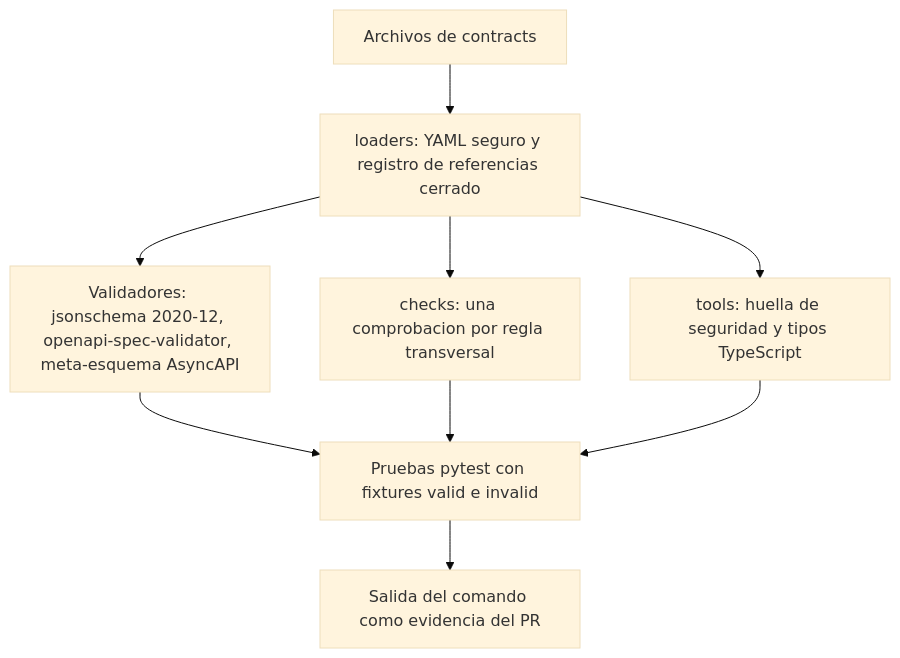
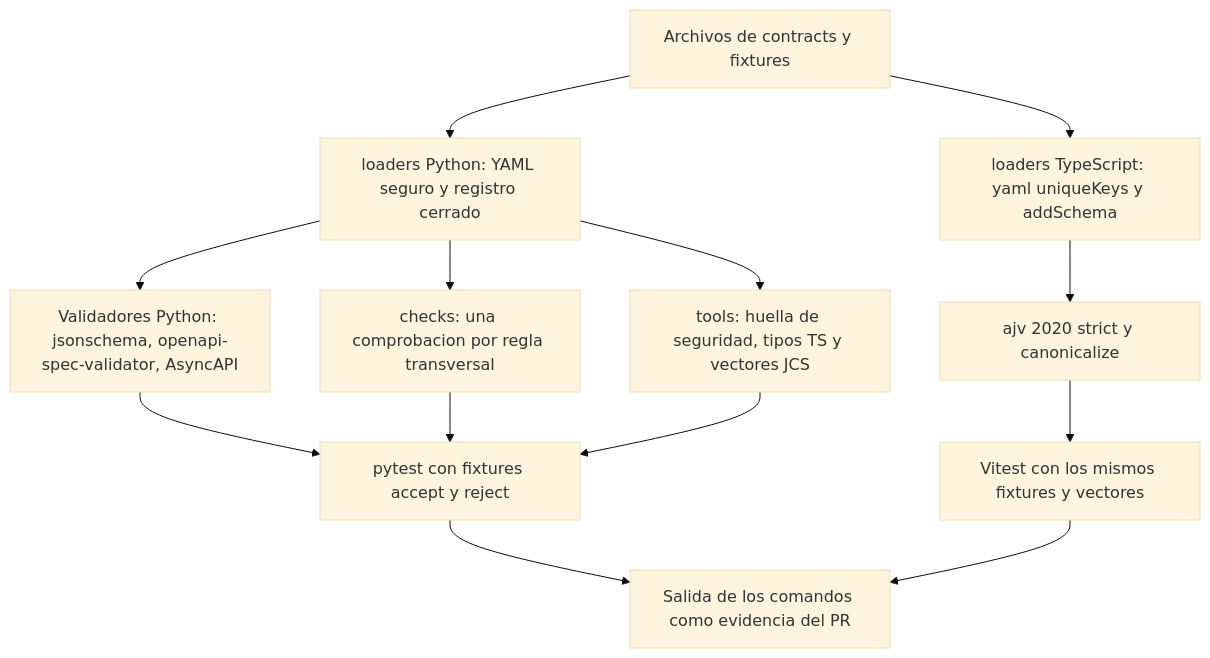
The diagram in aidlc/spaces/default/intents/261002-veridicus-mvp/construction/contracts/nfr-design/security-design.md (freyesJaveriana/tai), drawn with Mermaid (base theme) before and after one commit. The commit also changed other lines of this file and 6 other files, not shown here.

````diff
--- a/aidlc/spaces/default/intents/261002-veridicus-mvp/construction/contracts/nfr-design/security-design.md
+++ b/aidlc/spaces/default/intents/261002-veridicus-mvp/construction/contracts/nfr-design/security-design.md
@@ -35,11 +59,15 @@
 ```mermaid
 flowchart TD
-  F[Archivos de contracts] --> L[loaders: YAML seguro y registro de referencias cerrado]
-  L --> V[Validadores: jsonschema 2020-12, openapi-spec-validator, meta-esquema AsyncAPI]
+  F[Archivos de contracts y fixtures] --> L[loaders Python: YAML seguro y registro cerrado]
+  F --> LT[loaders TypeScript: yaml uniqueKeys y addSchema]
+  L --> V[Validadores Python: jsonschema, openapi-spec-validator, AsyncAPI]
   L --> C[checks: una comprobacion por regla transversal]
-  L --> S[tools: huella de seguridad y tipos TypeScript]
-  V --> T[Pruebas pytest con fixtures valid e invalid]
+  L --> S[tools: huella de seguridad, tipos TS y vectores JCS]
+  LT --> VT[ajv 2020 strict y canonicalize]
+  V --> T[pytest con fixtures accept y reject]
   C --> T
   S --> T
-  T --> E[Salida del comando como evidencia del PR]
+  VT --> TT[Vitest con los mismos fixtures y vectores]
+  T --> E[Salida de los comandos como evidencia del PR]
+  TT --> E
 ```
````
